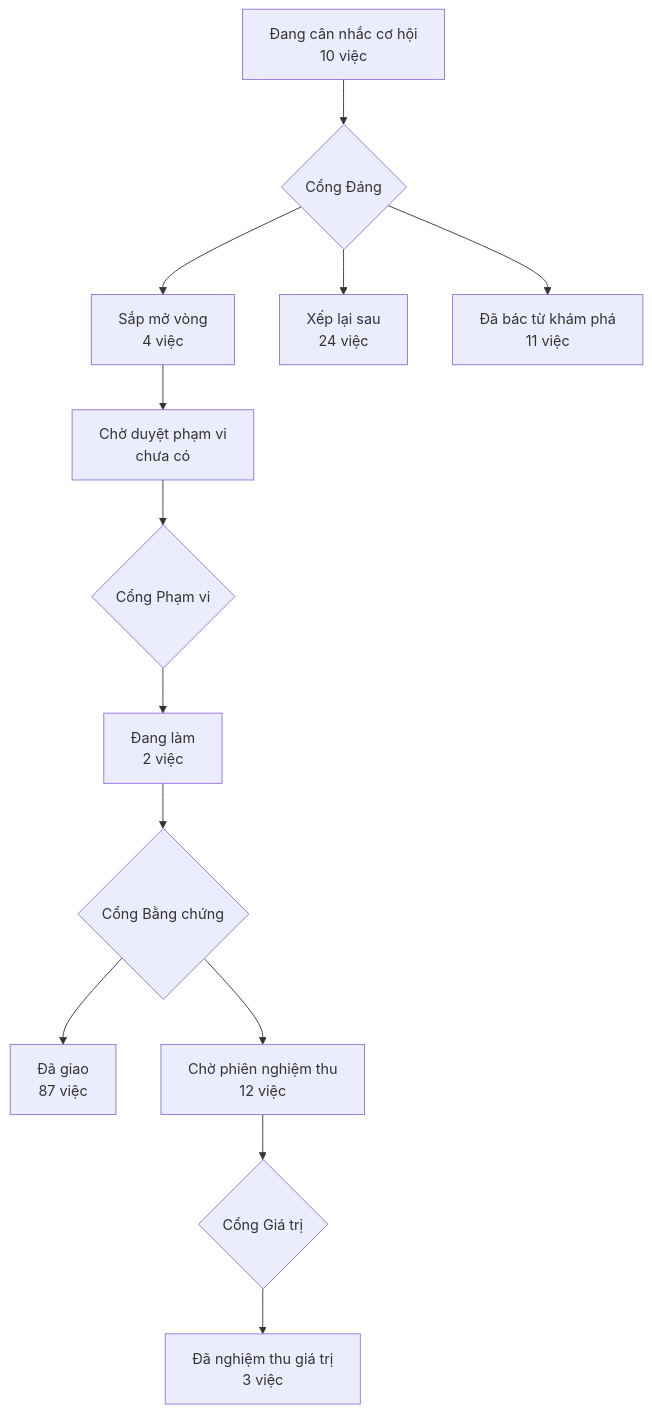
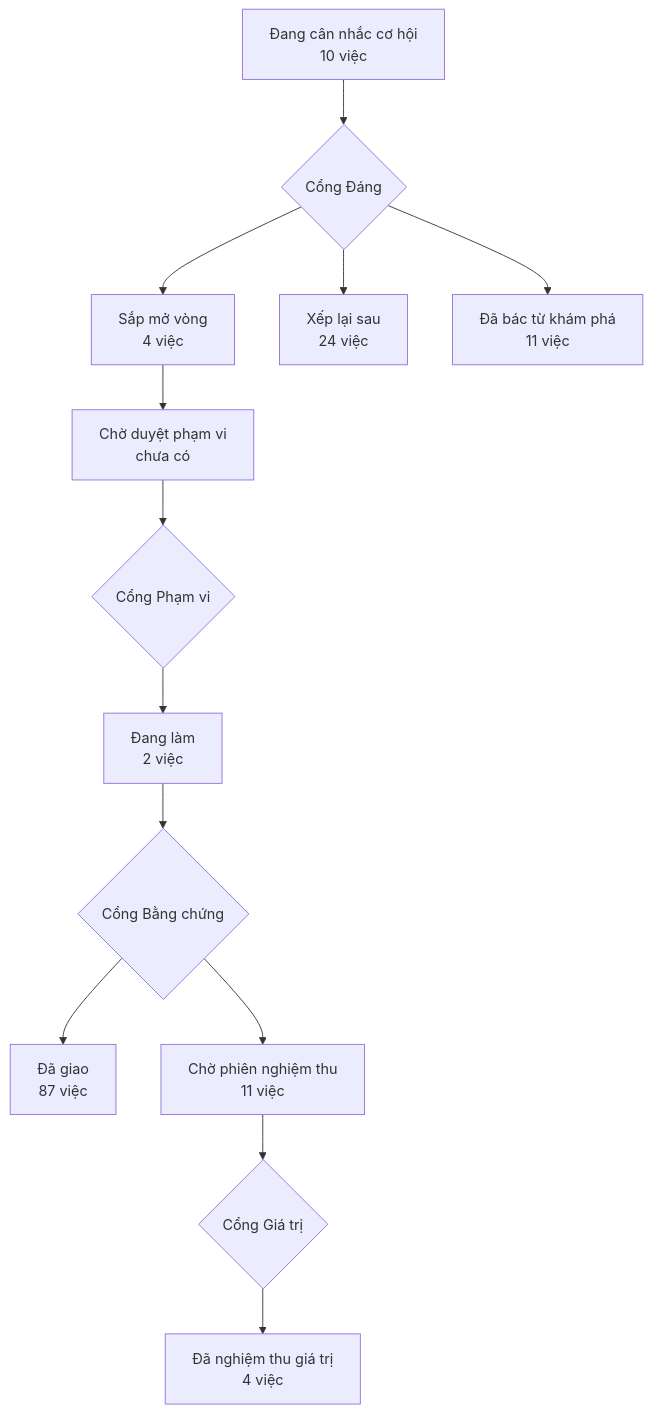
Before and after one commit to phanlemanh/acceptance-gate-kit: the diagram in PRODUCT-MAP.md, drawn with Mermaid. The commit also changed other lines of this file and 3 other files, not shown here.

Commit message:
Cổng Giá trị: lo-trinh-tren-du-lieu-that — release (Manh Phan)

````diff
--- a/PRODUCT-MAP.md
+++ b/PRODUCT-MAP.md
@@ -6,12 +6,12 @@
 ```mermaid
 flowchart TD
   A["Đang cân nhắc cơ hội<br/>10 việc"] --> GD{"Cổng Đáng"}
   GD --> B["Sắp mở vòng<br/>4 việc"]
   GD --> XL["Xếp lại sau<br/>24 việc"]
   GD --> DB["Đã bác từ khám phá<br/>11 việc"]
   B --> CD["Chờ duyệt phạm vi<br/>chưa có"] --> GP{"Cổng Phạm vi"}
   GP --> DL["Đang làm<br/>2 việc"] --> GB{"Cổng Bằng chứng"}
   GB --> DG["Đã giao<br/>87 việc"]
-  GB --> CN["Chờ phiên nghiệm thu<br/>12 việc"] --> GG{"Cổng Giá trị"}
-  GG --> NT["Đã nghiệm thu giá trị<br/>3 việc"]
+  GB --> CN["Chờ phiên nghiệm thu<br/>11 việc"] --> GG{"Cổng Giá trị"}
+  GG --> NT["Đã nghiệm thu giá trị<br/>4 việc"]
 ```
````
